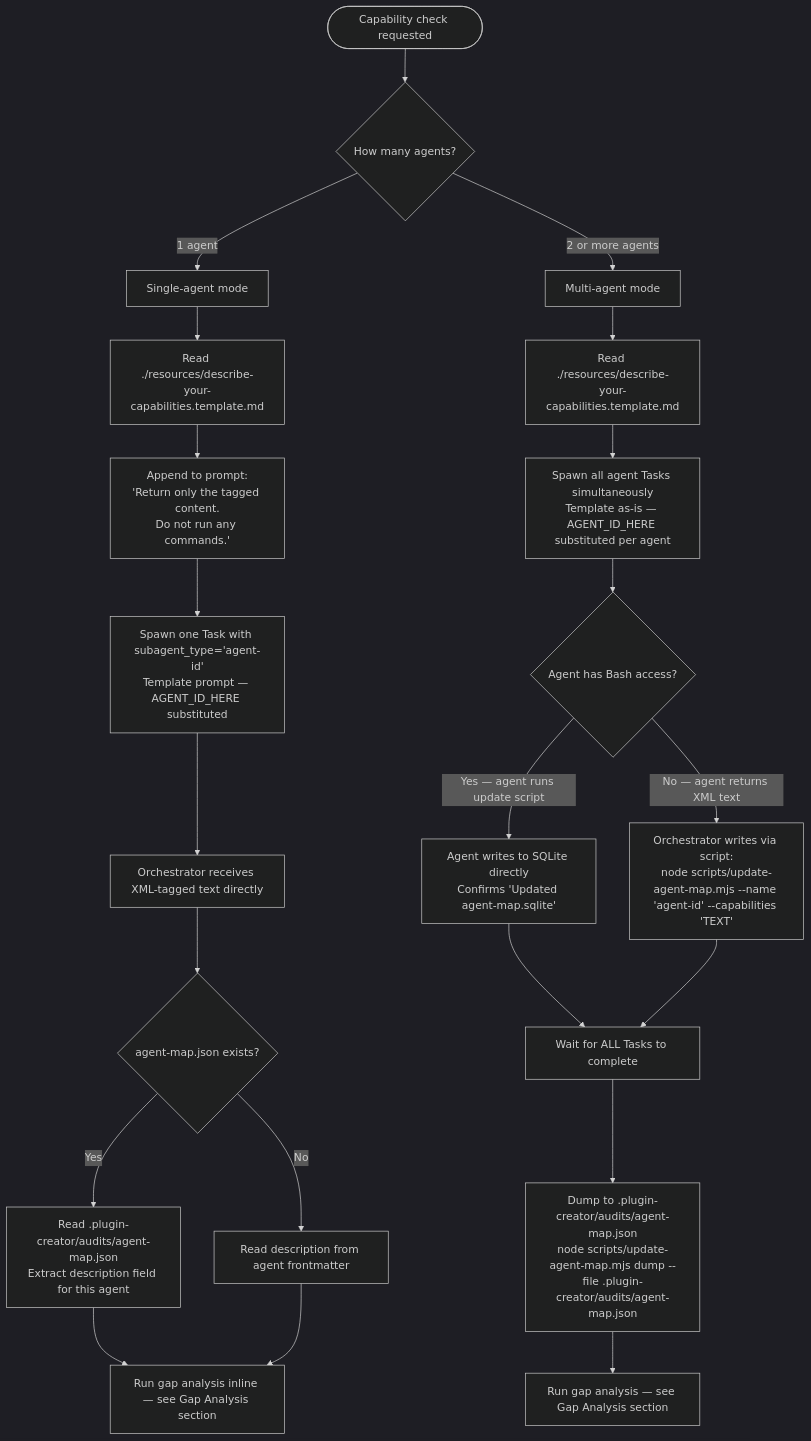
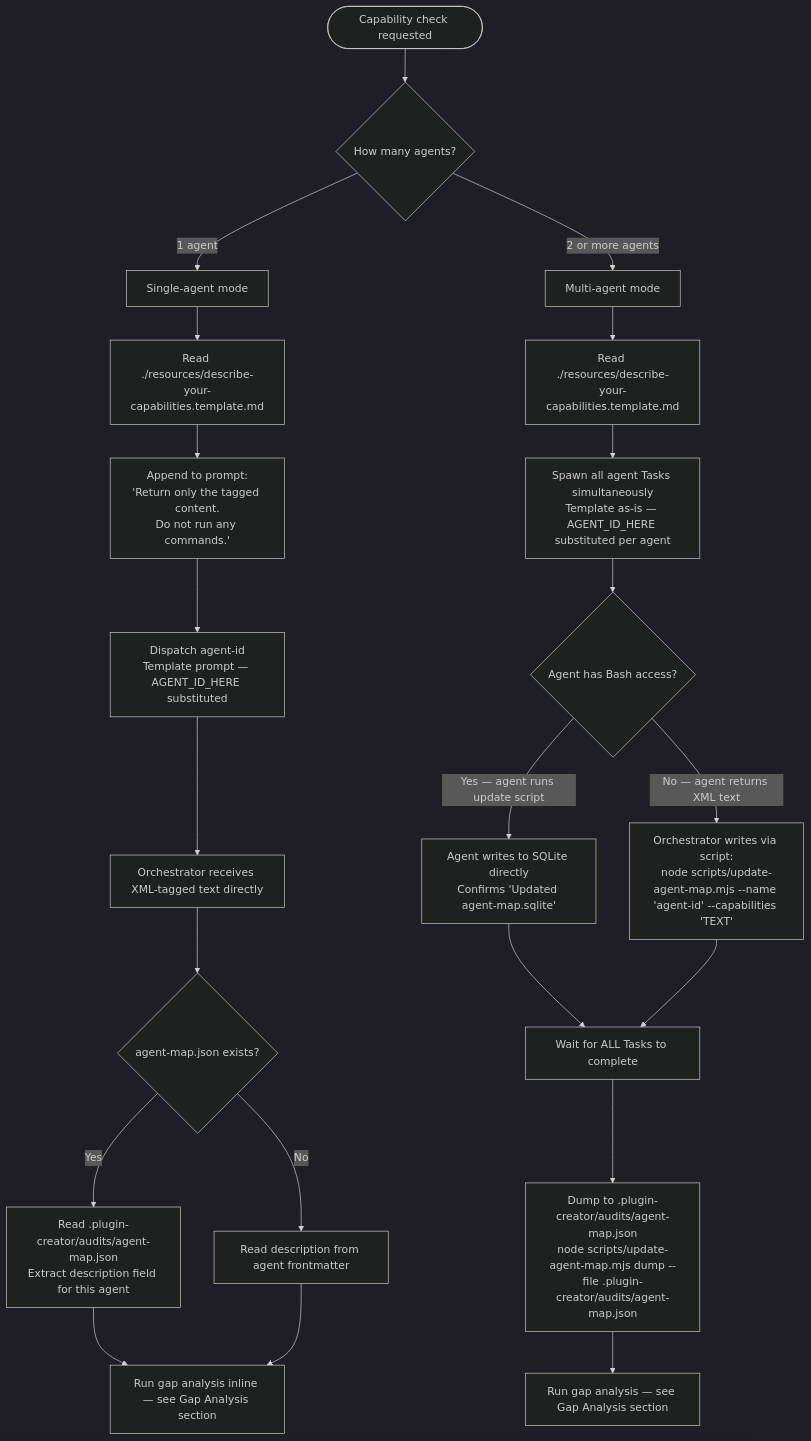
One commit to Jamie-BitFlight/claude_skills changed the diagram in plugins/plugin-creator/skills/agent-capability-analyzer/SKILL.md. Above: the diagram before and after it, drawn with Mermaid (dark theme). The commit also changed other lines of this file and 84 other files, not shown here.

````diff
--- a/plugins/plugin-creator/skills/agent-capability-analyzer/SKILL.md
+++ b/plugins/plugin-creator/skills/agent-capability-analyzer/SKILL.md
@@ -22,26 +22,26 @@
 ```mermaid
 flowchart TD
     Start([Capability check requested]) --> Q1{How many agents?}
     Q1 -->|1 agent| Single[Single-agent mode]
     Q1 -->|2 or more agents| Multi[Multi-agent mode]
 
     Single --> S1[Read ./resources/describe-your-capabilities.template.md]
     S1 --> S2["Append to prompt:<br>'Return only the tagged content.<br>Do not run any commands.'"]
-    S2 --> S3["Spawn one Task with subagent_type='agent-id'<br>Template prompt — AGENT_ID_HERE substituted"]
+    S2 --> S3["Dispatch agent-id<br>Template prompt — AGENT_ID_HERE substituted"]
     S3 --> S4[Orchestrator receives XML-tagged text directly]
     S4 --> S5{agent-map.json exists?}
     S5 -->|Yes| S6["Read .plugin-creator/audits/agent-map.json<br>Extract description field for this agent"]
     S5 -->|No| S7[Read description from agent frontmatter]
     S6 --> S8[Run gap analysis inline — see Gap Analysis section]
     S7 --> S8
 
     Multi --> M1[Read ./resources/describe-your-capabilities.template.md]
     M1 --> M2["Spawn all agent Tasks simultaneously<br>Template as-is — AGENT_ID_HERE substituted per agent"]
     M2 --> M3{Agent has Bash access?}
     M3 -->|Yes — agent runs update script| M4[Agent writes to SQLite directly<br>Confirms 'Updated agent-map.sqlite']
     M3 -->|No — agent returns XML text| M5["Orchestrator writes via script:<br>node scripts/update-agent-map.mjs --name 'agent-id' --capabilities 'TEXT'"]
     M4 --> M6[Wait for ALL Tasks to complete]
     M5 --> M6
     M6 --> M7["Dump to .plugin-creator/audits/agent-map.json<br>node scripts/update-agent-map.mjs dump --file .plugin-creator/audits/agent-map.json"]
     M7 --> M8[Run gap analysis — see Gap Analysis section]
 ```
````
